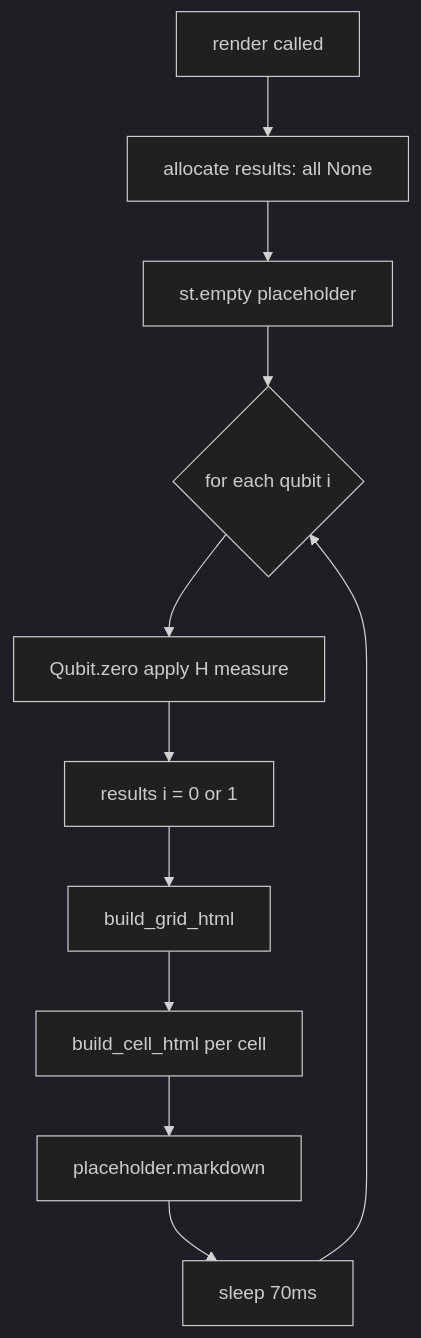
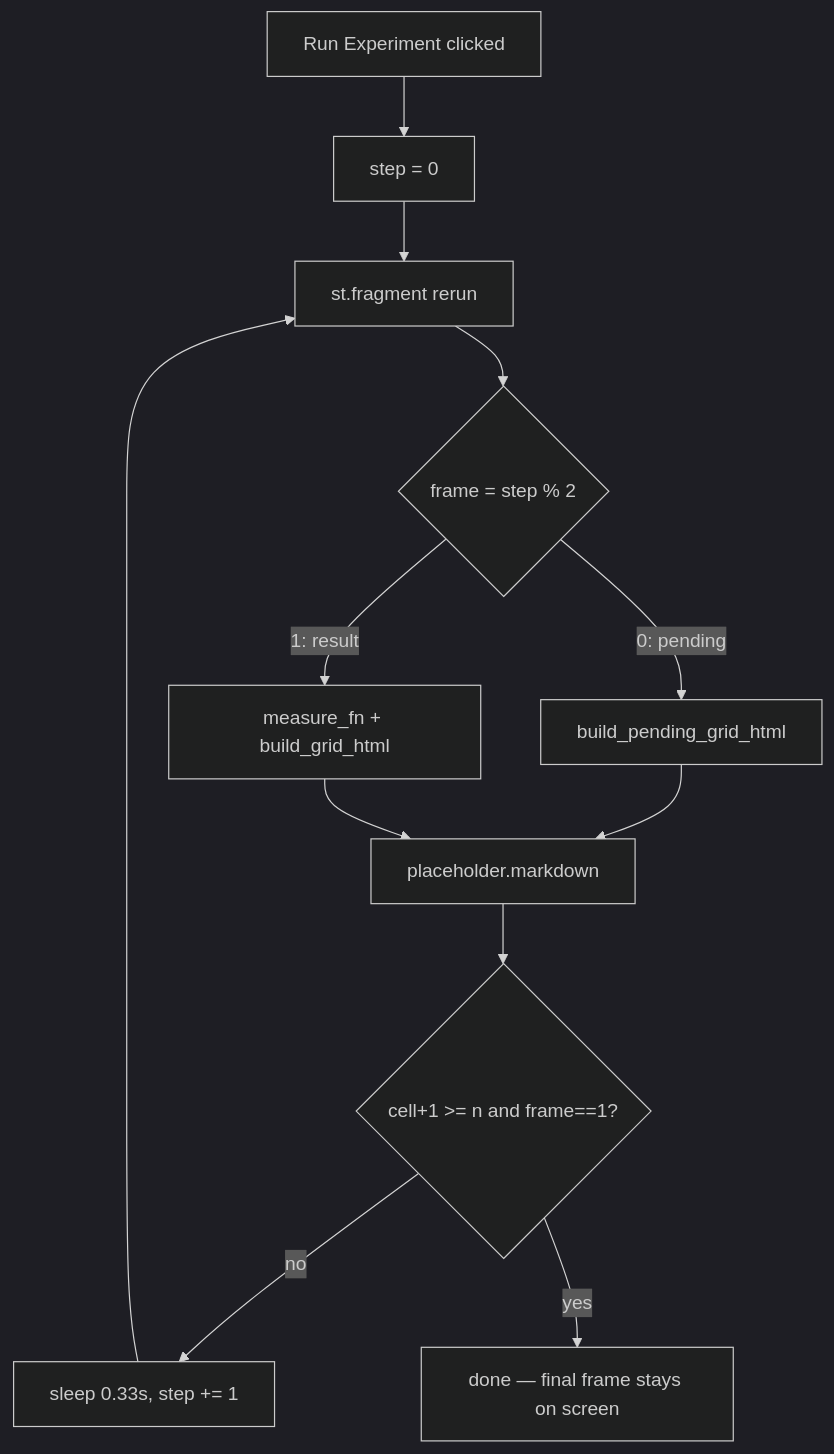
One commit to pitosalas/quant2 changed the diagram in 01-literate/05-qubit_grid.md. Above: the diagram before and after it, drawn with Mermaid (dark theme). The commit also changed other lines of this file and 6 other files, not shown here.

````diff
--- a/01-literate/05-qubit_grid.md
+++ b/01-literate/05-qubit_grid.md
@@ -101,13 +184,14 @@
 ```mermaid
 graph TD
-    A[render called] --> B[allocate results: all None]
-    B --> C[st.empty placeholder]
-    C --> D{for each qubit i}
-    D --> E[Qubit.zero apply H measure]
-    E --> F[results i = 0 or 1]
-    F --> G[build_grid_html]
-    G --> H[build_cell_html per cell]
-    H --> I[placeholder.markdown]
-    I --> J[sleep 70ms]
-    J --> D
+    A[Run Experiment clicked] --> B[step = 0]
+    B --> C[st.fragment rerun]
+    C --> D{frame = step % 2}
+    D -->|0: pending| E[build_pending_grid_html]
+    D -->|1: result| F[measure_fn + build_grid_html]
+    E --> G[placeholder.markdown]
+    F --> G
+    G --> H{cell+1 >= n and frame==1?}
+    H -->|no| I[sleep 0.33s, step += 1]
+    I --> C
+    H -->|yes| J[done — final frame stays on screen]
 ```
````
